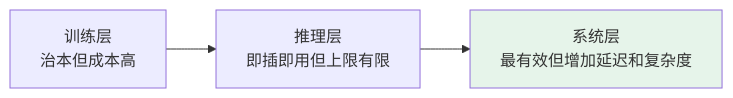
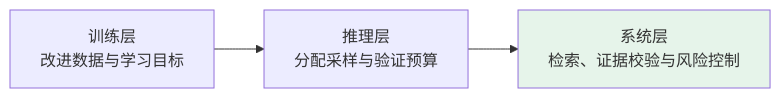
Before and after one commit to oneleaveknowsthefall/awesome-ai-roadmap: the third of 3 diagrams in docs/llm/04-prompt-reliability/18-hallucination.md, drawn with Mermaid. The commit also changed other lines of this file and 45 other files, not shown here.

````diff
--- a/docs/llm/04-prompt-reliability/18-hallucination.md
+++ b/docs/llm/04-prompt-reliability/18-hallucination.md
@@ -127,6 +128,6 @@
 ```mermaid
 flowchart LR
-    T["训练层<br/>治本但成本高"] --> I["推理层<br/>即插即用但上限有限"] --> S["系统层<br/>最有效但增加延迟和复杂度"]
+    T["训练层<br/>改进数据与学习目标"] --> I["推理层<br/>分配采样与验证预算"] --> S["系统层<br/>检索、证据校验与风险控制"]
 
     style S fill:#e6f4ea
 ```
````
